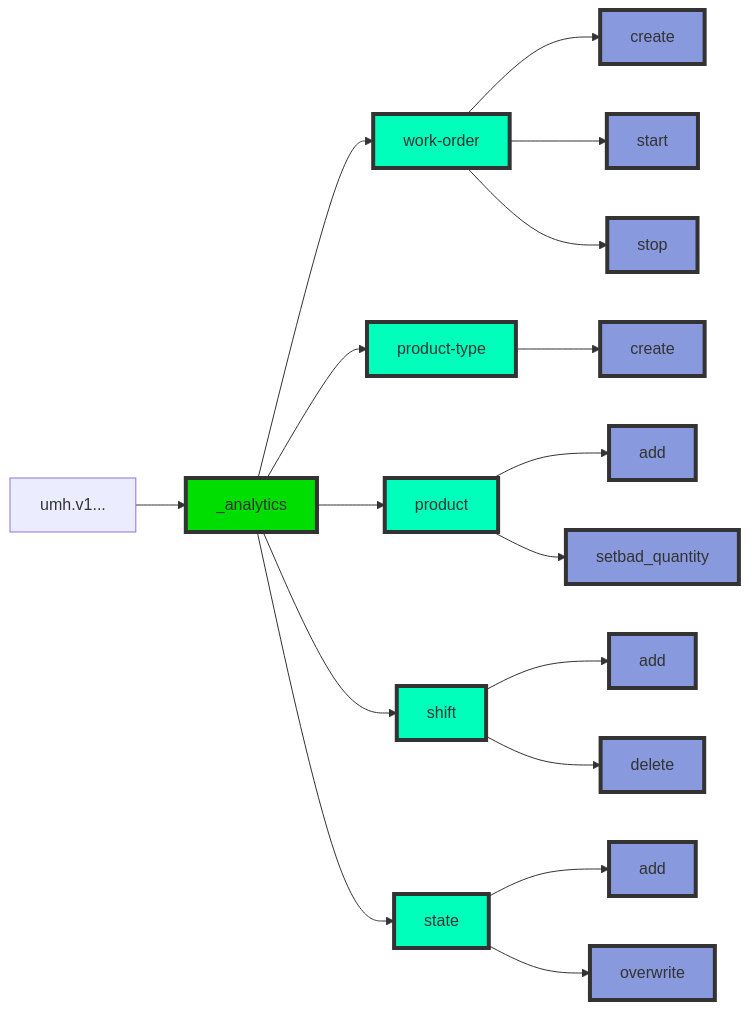
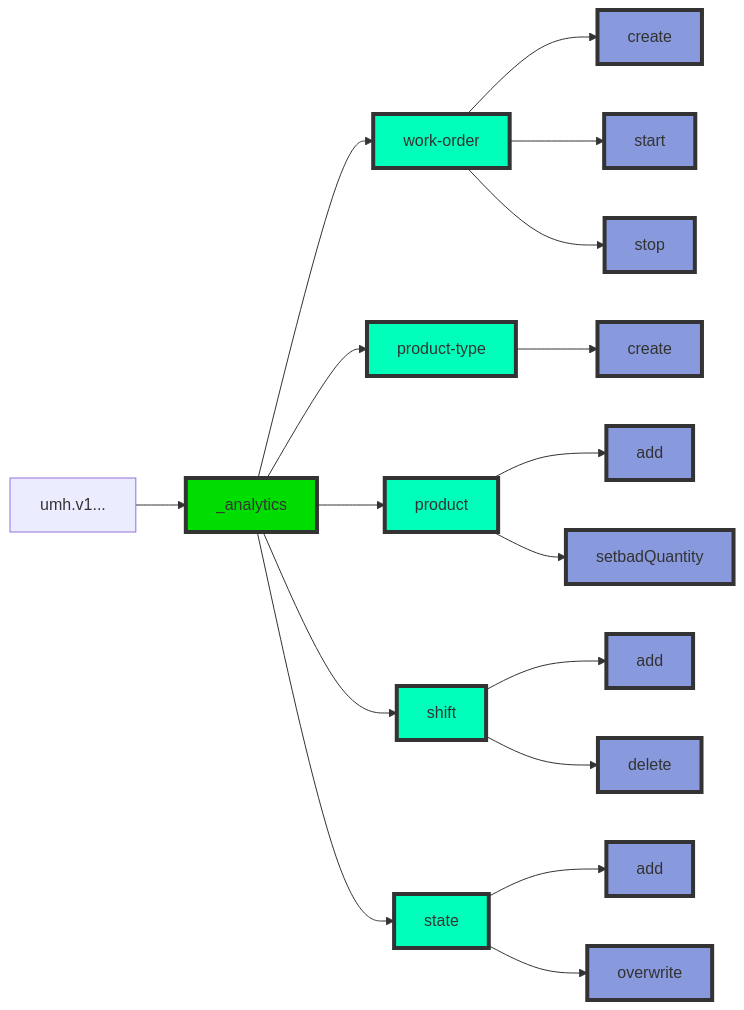
One commit to united-manufacturing-hub/umh.docs.umh.app changed the diagram in umh.docs.umh.app/content/en/docs/datamodel/messages/_analytics.md. Above: the diagram before and after it, drawn with Mermaid.

Commit message:
fix: spelling error

```diff
--- a/umh.docs.umh.app/content/en/docs/datamodel/messages/_analytics.md
+++ b/umh.docs.umh.app/content/en/docs/datamodel/messages/_analytics.md
@@ -10,58 +10,58 @@
 {{<mermaid theme="neutral" >}}
 flowchart LR
 topicStart["umh.v1..."] --> _analytics
 
 
 _analytics --> wo[work-order]
 wo --> wo-create[create]
 wo --> wo-start[start]
 wo --> wo-stop[stop]
 
 
 _analytics --> pt[product-type]
 pt --> pt-create[create]
 
 _analytics --> p[product]
 p --> p-add[add]
-p --> p-set-bad-quantity[setbad_quantity]
+p --> p-set-bad-quantity[setbadQuantity]
 
 _analytics --> s[shift]
 s --> s-add[add]
 s --> s-delete[delete]
 
 _analytics --> st[state]
 st --> st-add[add]
 st --> st-overwrite[overwrite]
 
 
     classDef mqtt fill:#00dd00,stroke:#333,stroke-width:4px;
     class umh,v1,enterprise,_analytics mqtt;
 
     classDef type fill:#00ffbb,stroke:#333,stroke-width:4px;
     class wo,pt,p,s,st type;
 
     classDef func fill:#8899dd,stroke:#333,stroke-width:4px;
     class wo-create,wo-start,wo-stop,pt-create,p-add,p-set-bad-quantity,s-add,s-delete,st-add,st-overwrite func;
 
     click topicStart href "../"
     click wo href "#work-order"
     click pt href "#product-type"
     click p href "#product"
     click s href "#shift"
 
     click wo-create href "#create"
     click wo-start href "#start"
     click wo-stop href "#stop"
 
     click pt-create href "#create-1"
 
     click p-add href "#add"
     click p-set-bad-quantity href "#set-bad-quantity"
 
     click s-add href "#add-1"
     click s-delete href "#delete"
 
     click st-add href "#add-2"
     click st-overwrite href "#overwrite"
 
 {{</ mermaid >}}
```
